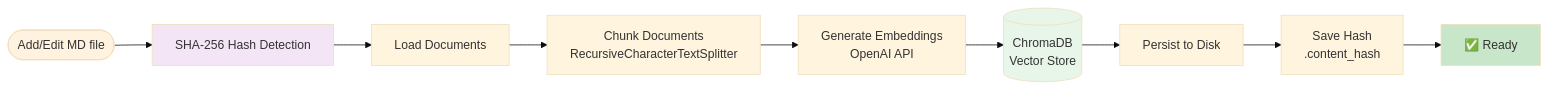
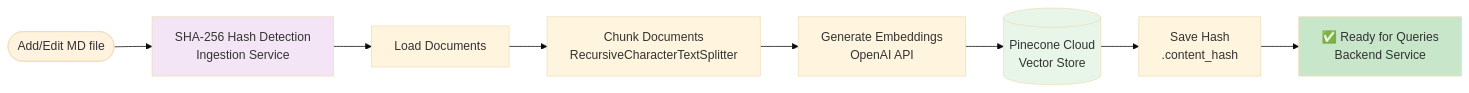
The fifth of 9 diagrams in README.md (NinobraV/knowra-onboarding-agent), drawn with Mermaid (base theme) before and after one commit. The commit also changed other lines of this file and 22 other files, not shown here.

Commit message:
feat: separate data ingestion into dedicated service

````diff
--- a/README.md
+++ b/README.md
@@ -244,16 +263,15 @@
 ```mermaid
 flowchart LR
-    START([Add/Edit MD file]) --> DETECT[SHA-256 Hash Detection]
+    START([Add/Edit MD file]) --> DETECT[SHA-256 Hash Detection<br/>Ingestion Service]
     DETECT --> LOAD[Load Documents]
     LOAD --> CHUNK[Chunk Documents<br/>RecursiveCharacterTextSplitter]
     CHUNK --> EMBED[Generate Embeddings<br/>OpenAI API]
-    EMBED --> STORE[(ChromaDB<br/>Vector Store)]
-    STORE --> PERSIST[Persist to Disk]
-    PERSIST --> HASH_SAVE[Save Hash<br/>.content_hash]
-    HASH_SAVE --> READY[✅ Ready]
+    EMBED --> STORE[(Pinecone Cloud<br/>Vector Store)]
+    STORE --> HASH_SAVE[Save Hash<br/>.content_hash]
+    HASH_SAVE --> READY[✅ Ready for Queries<br/>Backend Service]
     
     style START fill:#fff3e0
     style DETECT fill:#f3e5f5
     style STORE fill:#e8f5e9
     style READY fill:#c8e6c9
 ```
````
